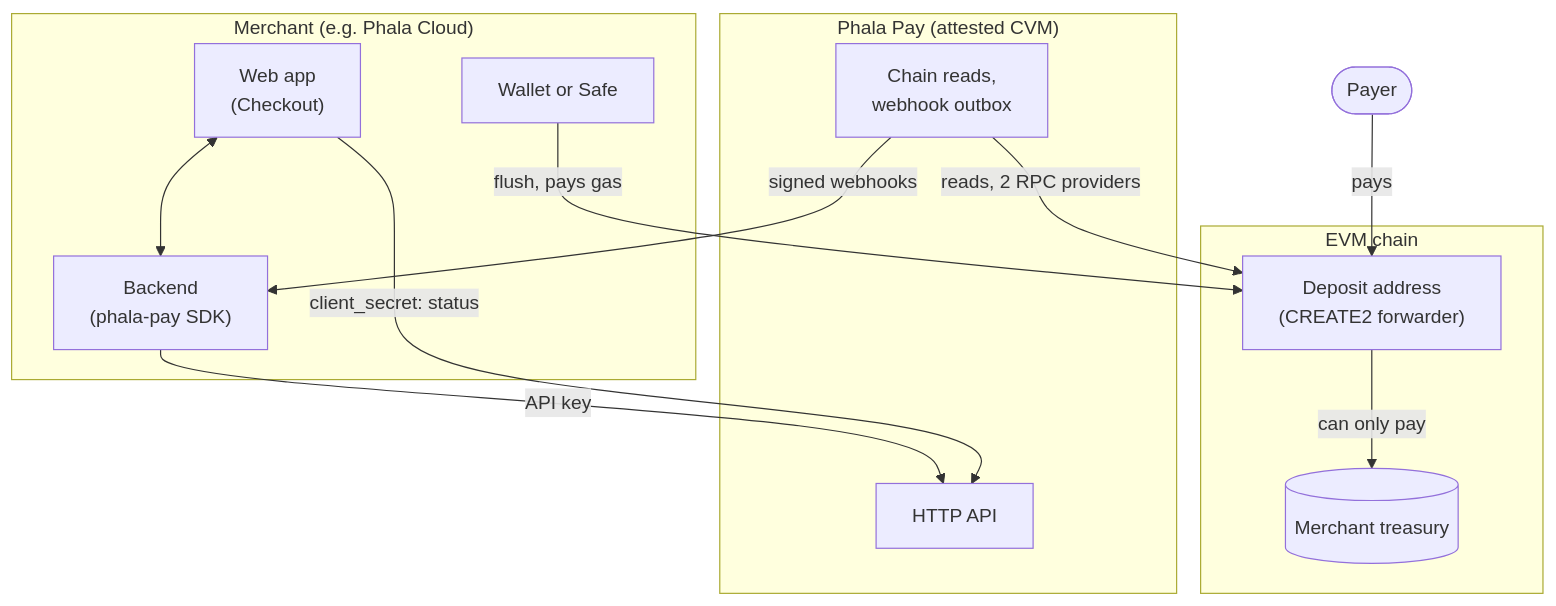
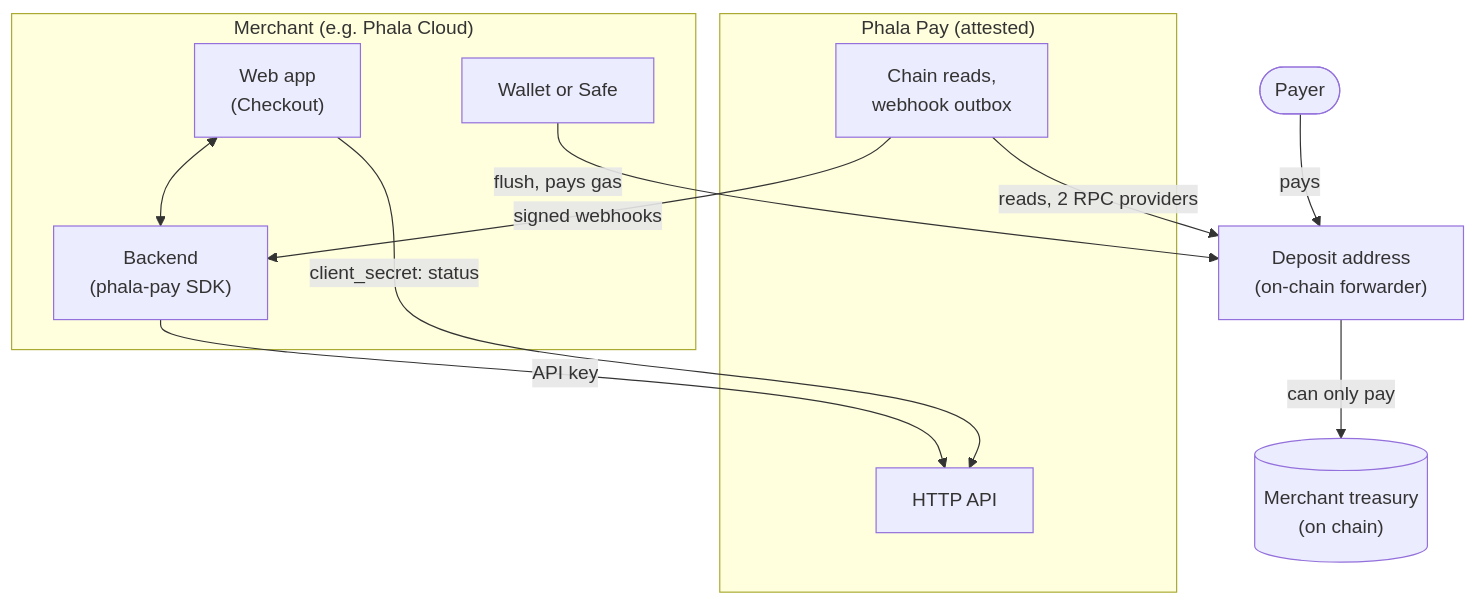
The diagram in docs/overview.md (Phala-Network/phala-pay), drawn with Mermaid before and after one commit. The commit also changed other lines of this file and 5 other files, not shown here.

First line of the commit message:
fix(docs): the payment lifecycle as a list, and a diagram whose edges clear its titles

````diff
--- a/docs/overview.md
+++ b/docs/overview.md
@@ -55,25 +55,23 @@
 ```mermaid
 flowchart TB
     payer(["Payer"])
     subgraph merchant["Merchant (e.g. Phala Cloud)"]
         ui["Web app<br/>(Checkout)"]
         backend["Backend<br/>(phala-pay SDK)"]
         wallet["Wallet or Safe"]
     end
-    subgraph cvm["Phala Pay (attested CVM)"]
+    subgraph cvm["Phala Pay (attested)"]
         api["HTTP API"]
         worker["Chain reads,<br/>webhook outbox"]
     end
-    subgraph chain["EVM chain"]
-        fwd["Deposit address<br/>(CREATE2 forwarder)"]
-        treasury[("Merchant treasury")]
-    end
+    fwd["Deposit address<br/>(on-chain forwarder)"]
+    treasury[("Merchant treasury<br/>(on chain)")]
     payer -->|"pays"| fwd
     ui -->|"client_secret: status"| api
     ui <--> backend
     backend -->|"API key"| api
     worker -->|"signed webhooks"| backend
     worker -->|"reads, 2 RPC providers"| fwd
     wallet -->|"flush, pays gas"| fwd
     fwd -->|"can only pay"| treasury
 ```
````
